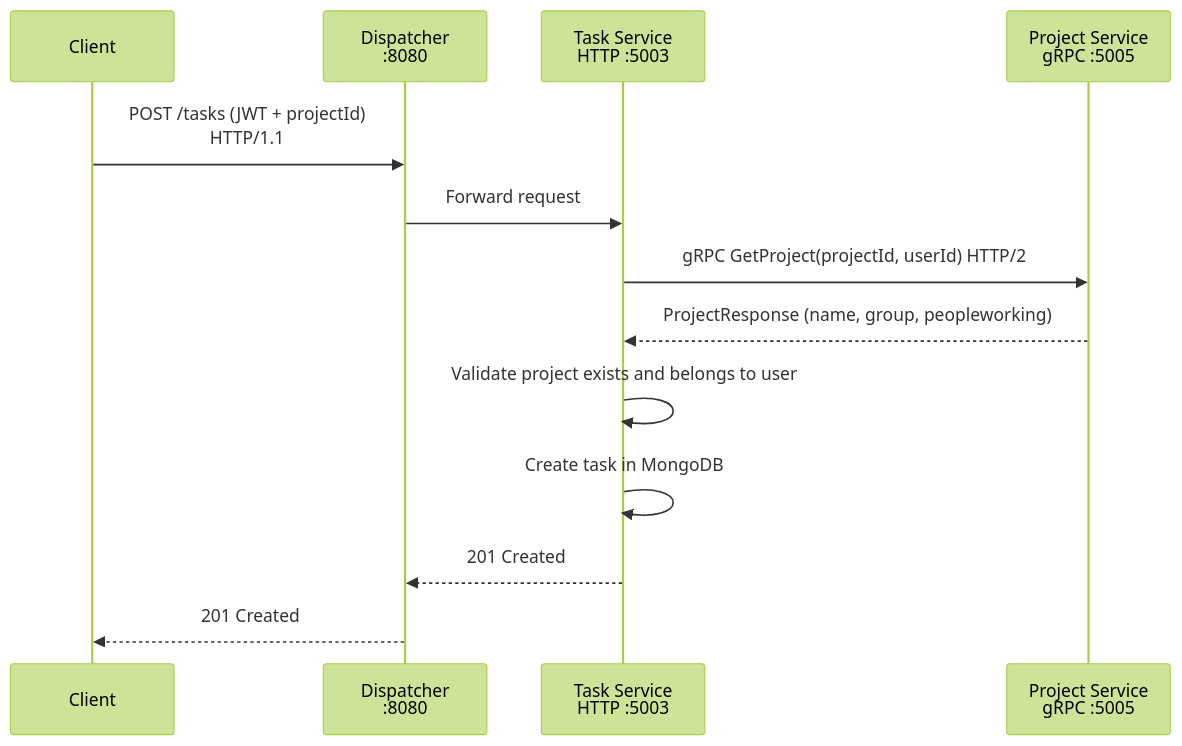
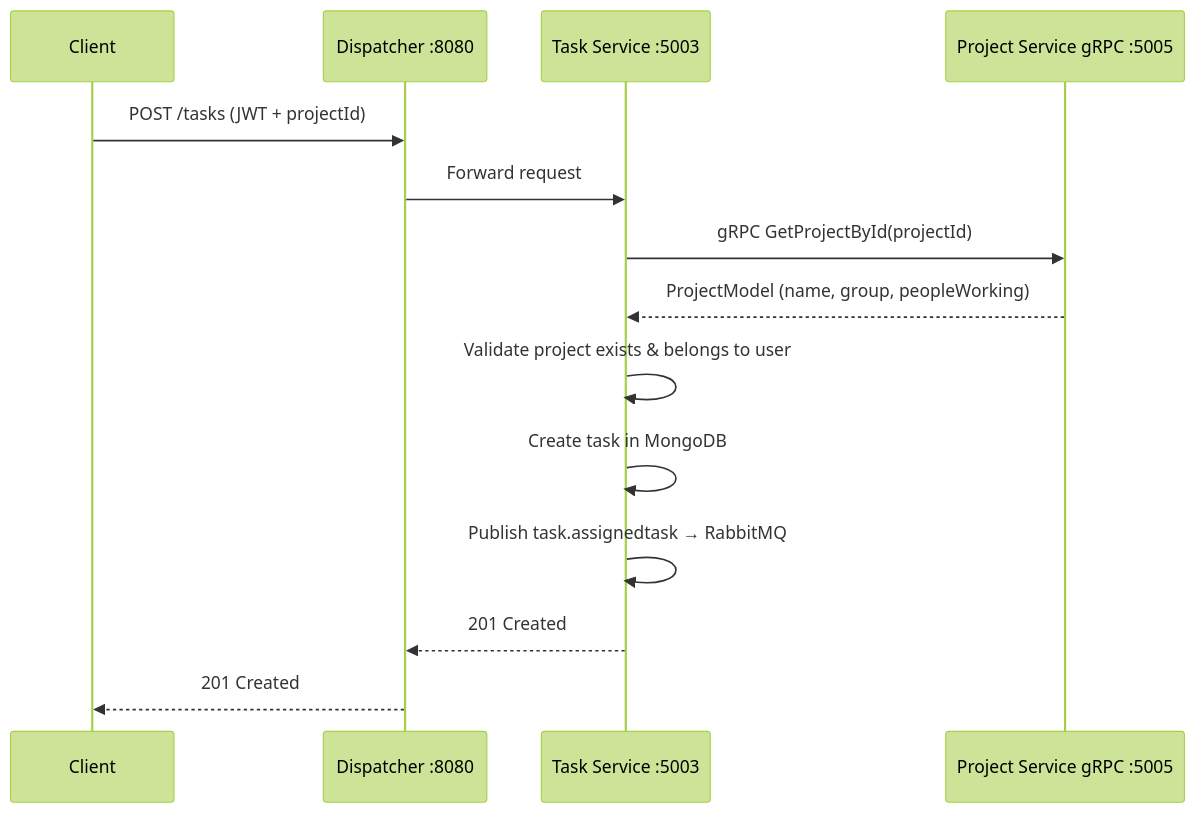
One commit to AboubacarSow/task-management-microservice changed the third of 5 diagrams in README.md. Above: the diagram before and after it, drawn with Mermaid (forest theme). The commit also changed other lines of this file, not shown here.

````diff
--- a/README.md
+++ b/README.md
@@ -273,16 +180,17 @@
 ```mermaid
 sequenceDiagram
     participant Client
-    participant Dispatcher as Dispatcher<br/>:8080
-    participant TaskService as Task Service<br/>HTTP :5003
-    participant ProjectService as Project Service<br/>gRPC :5005
+    participant Dispatcher as Dispatcher :8080
+    participant TaskService as Task Service :5003
+    participant ProjectService as Project Service gRPC :5005
 
-    Client->>Dispatcher: POST /tasks (JWT + projectId)<br/>HTTP/1.1
+    Client->>Dispatcher: POST /tasks (JWT + projectId)
     Dispatcher->>TaskService: Forward request
-    TaskService->>ProjectService: gRPC GetProject(projectId, userId) HTTP/2
-    ProjectService-->>TaskService: ProjectResponse (name, group, peopleworking)
-    TaskService->>TaskService: Validate project exists and belongs to user
+    TaskService->>ProjectService: gRPC GetProjectById(projectId)
+    ProjectService-->>TaskService: ProjectModel (name, group, peopleWorking)
+    TaskService->>TaskService: Validate project exists & belongs to user
     TaskService->>TaskService: Create task in MongoDB
+    TaskService->>TaskService: Publish task.assignedtask → RabbitMQ
     TaskService-->>Dispatcher: 201 Created
     Dispatcher-->>Client: 201 Created
 ```
````
